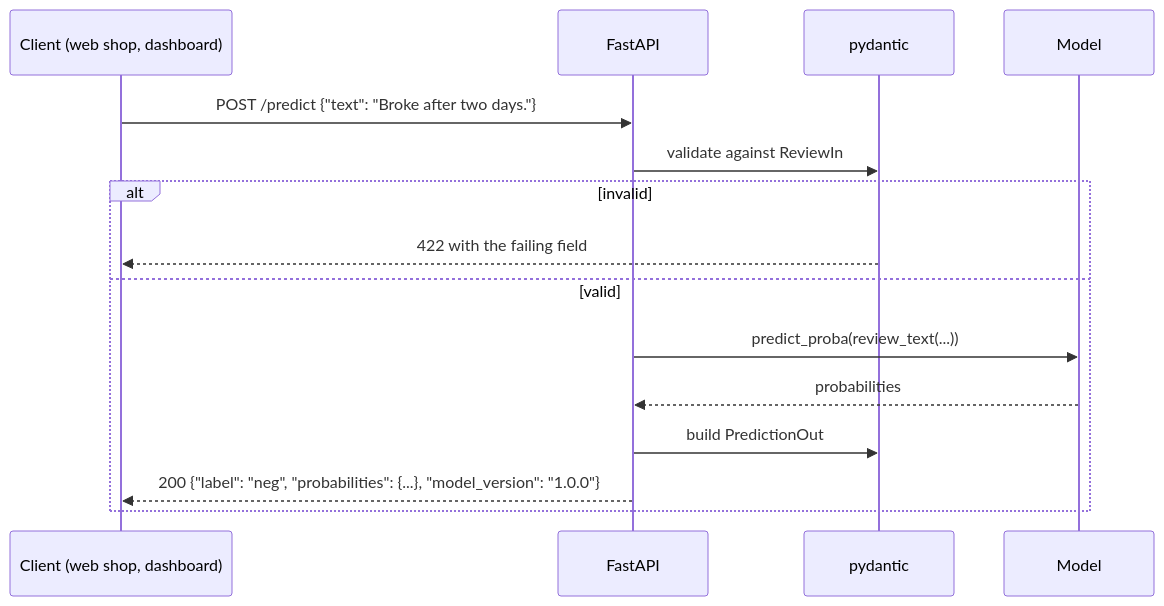
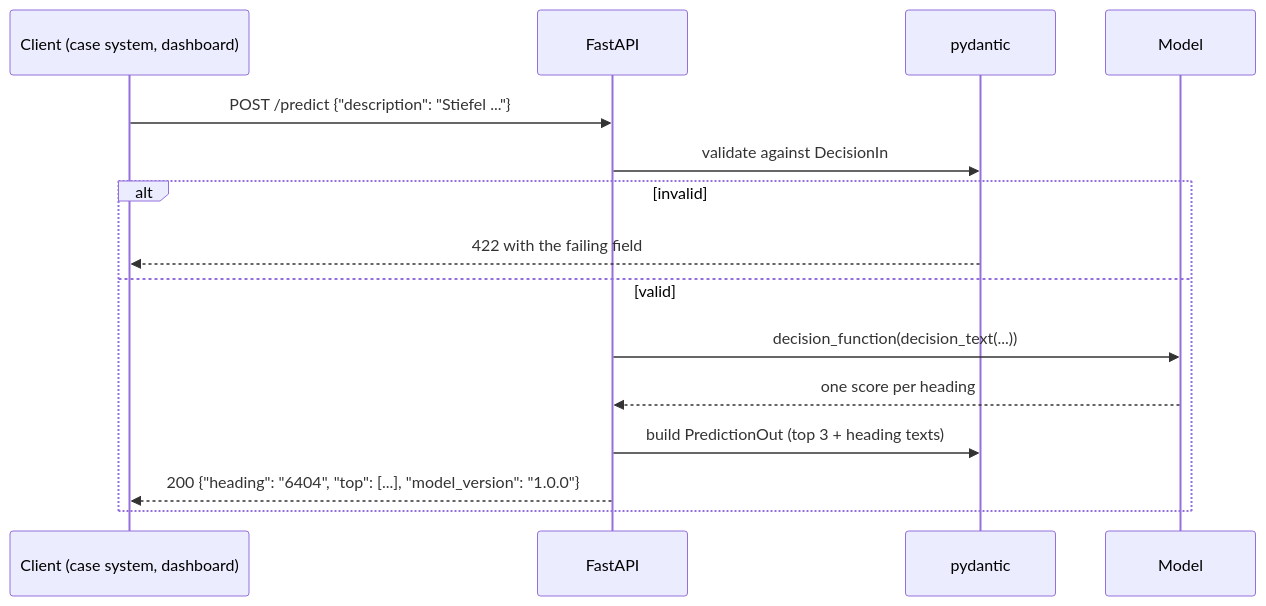
One commit to khoadaniel/statistical-programming-mpmd-htw-ws-2026 changed the second of 2 diagrams in sessions/16-deployment-and-monitoring/theory/01-from-notebook-to-service.md. Above: the diagram before and after it, drawn with Mermaid. The commit also changed other lines of this file and 268 other files, not shown here.

````diff
--- a/sessions/16-deployment-and-monitoring/theory/01-from-notebook-to-service.md
+++ b/sessions/16-deployment-and-monitoring/theory/01-from-notebook-to-service.md
@@ -188,17 +198,17 @@
 ```mermaid
 sequenceDiagram
-    participant C as Client (web shop, dashboard)
+    participant C as Client (case system, dashboard)
     participant F as FastAPI
     participant P as pydantic
     participant M as Model
-    C->>F: POST /predict {"text": "Broke after two days."}
-    F->>P: validate against ReviewIn
+    C->>F: POST /predict {"description": "Stiefel ..."}
+    F->>P: validate against DecisionIn
     alt invalid
         P-->>C: 422 with the failing field
     else valid
-        F->>M: predict_proba(review_text(...))
-        M-->>F: probabilities
-        F->>P: build PredictionOut
-        F-->>C: 200 {"label": "neg", "probabilities": {...}, "model_version": "1.0.0"}
+        F->>M: decision_function(decision_text(...))
+        M-->>F: one score per heading
+        F->>P: build PredictionOut (top 3 + heading texts)
+        F-->>C: 200 {"heading": "6404", "top": [...], "model_version": "1.0.0"}
     end
 ```
````
